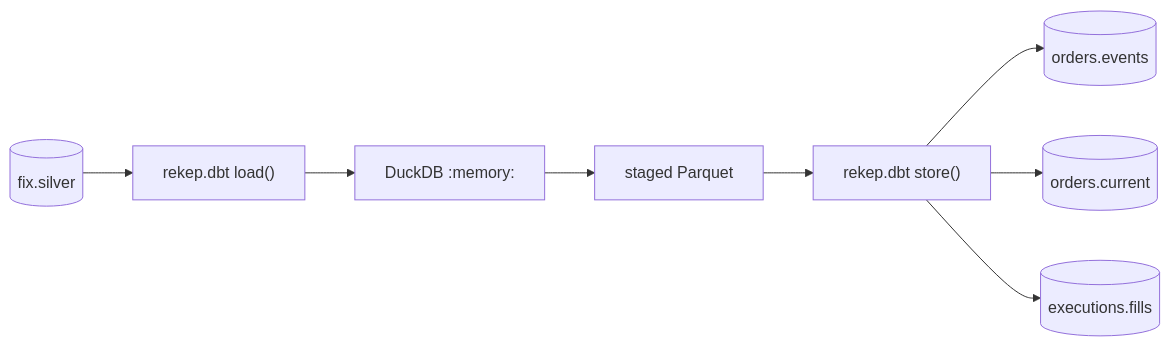
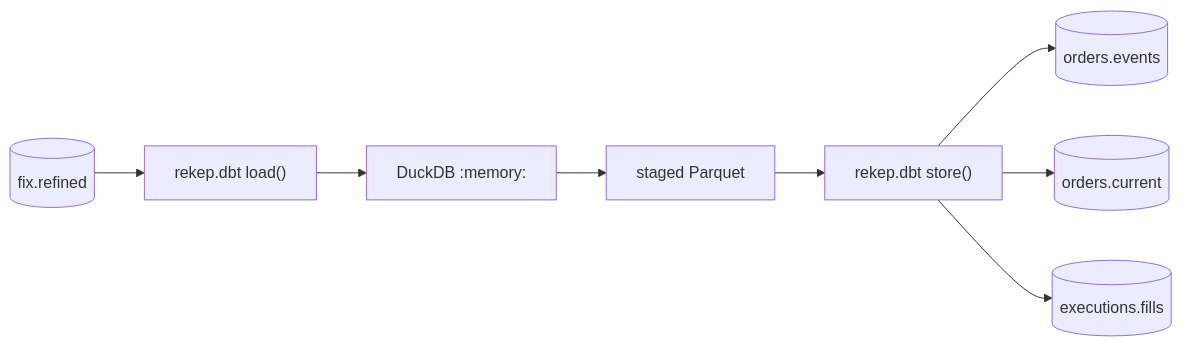
One commit to Platob/yggfin changed the diagram in docs/pipeline/tasks/build-dbt.md. Above: the diagram before and after it, drawn with Mermaid. The commit also changed other lines of this file and 1266 other files, not shown here.

````diff
--- a/docs/pipeline/tasks/build-dbt.md
+++ b/docs/pipeline/tasks/build-dbt.md
@@ -41,10 +41,10 @@
 ```mermaid
 flowchart LR
-    F[("fix.silver")] --> P["rekep.dbt load()"]
+    F[("fix.refined")] --> P["rekep.dbt load()"]
     P --> D["DuckDB :memory:"]
     D --> S["staged Parquet"]
     S --> C["rekep.dbt store()"]
     C --> O[("orders.events")]
     C --> R[("orders.current")]
     C --> X[("executions.fills")]
 ```
````
